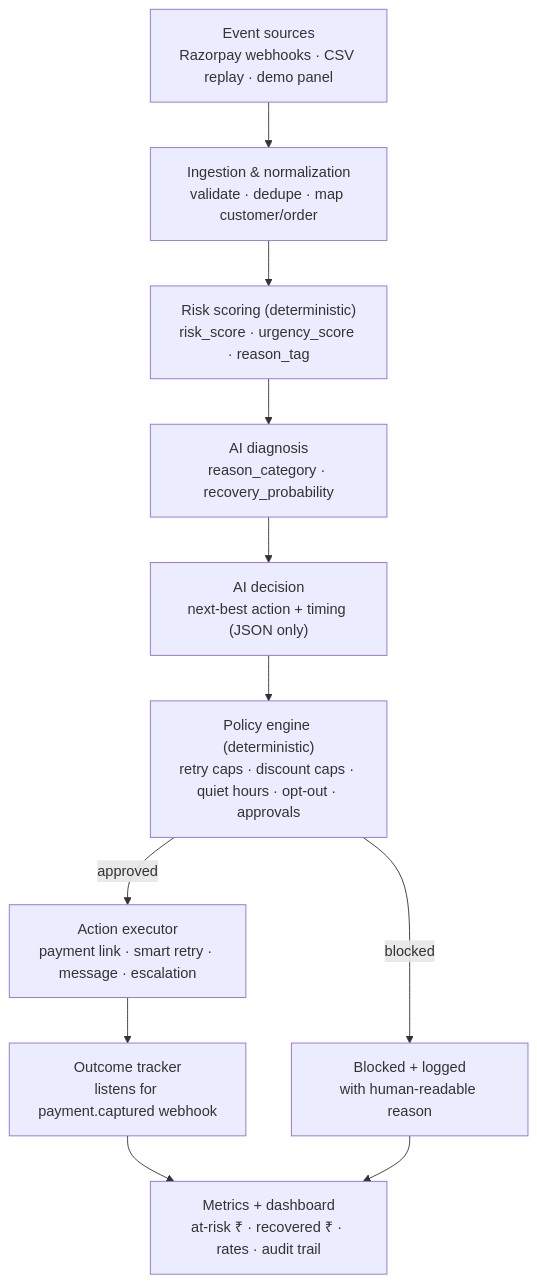
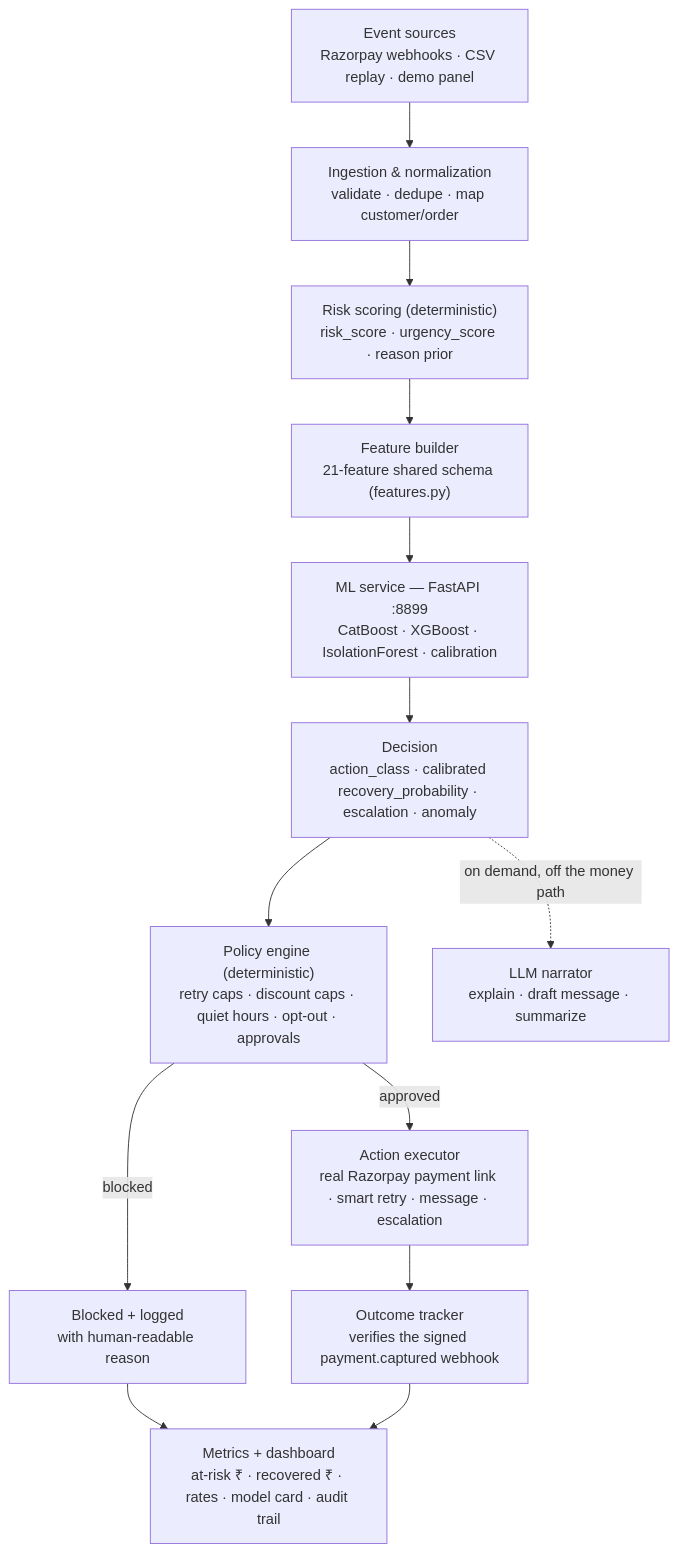
The first of 2 diagrams in docs/ARCHITECTURE.md (adhithyyaa/Buildathon-2026), drawn with Mermaid before and after one commit. The commit also changed other lines of this file and 16 other files, not shown here.

````diff
--- a/docs/ARCHITECTURE.md
+++ b/docs/ARCHITECTURE.md
@@ -59,13 +83,15 @@
 ```mermaid
 flowchart TD
     A["Event sources<br/>Razorpay webhooks · CSV replay · demo panel"] --> B["Ingestion &amp; normalization<br/>validate · dedupe · map customer/order"]
-    B --> C["Risk scoring (deterministic)<br/>risk_score · urgency_score · reason_tag"]
-    C --> D["AI diagnosis<br/>reason_category · recovery_probability"]
-    D --> E["AI decision<br/>next-best action + timing (JSON only)"]
-    E --> F["Policy engine (deterministic)<br/>retry caps · discount caps · quiet hours · opt-out · approvals"]
-    F -->|approved| G["Action executor<br/>payment link · smart retry · message · escalation"]
-    F -->|blocked| H["Blocked + logged<br/>with human-readable reason"]
-    G --> I["Outcome tracker<br/>listens for payment.captured webhook"]
-    I --> J["Metrics + dashboard<br/>at-risk ₹ · recovered ₹ · rates · audit trail"]
-    H --> J
+    B --> C["Risk scoring (deterministic)<br/>risk_score · urgency_score · reason prior"]
+    C --> D["Feature builder<br/>21-feature shared schema (features.py)"]
+    D --> E["ML service — FastAPI :8899<br/>CatBoost · XGBoost · IsolationForest · calibration"]
+    E --> F["Decision<br/>action_class · calibrated recovery_probability · escalation · anomaly"]
+    F --> G["Policy engine (deterministic)<br/>retry caps · discount caps · quiet hours · opt-out · approvals"]
+    G -->|approved| H["Action executor<br/>real Razorpay payment link · smart retry · message · escalation"]
+    G -->|blocked| I["Blocked + logged<br/>with human-readable reason"]
+    H --> J["Outcome tracker<br/>verifies the signed payment.captured webhook"]
+    I --> K["Metrics + dashboard<br/>at-risk ₹ · recovered ₹ · rates · model card · audit trail"]
+    J --> K
+    F -.->|on demand, off the money path| L["LLM narrator<br/>explain · draft message · summarize"]
 ```
````
